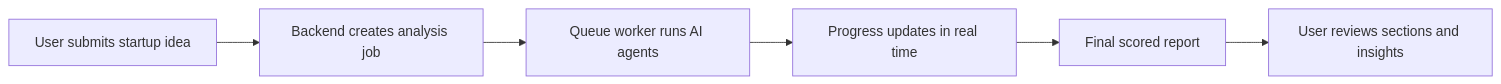
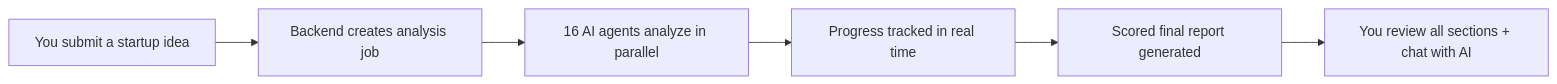
One commit to Abbaddii-99/AI-Startup-Analyzer changed the diagram in README.md. Above: the diagram before and after it, drawn with Mermaid. The commit also changed other lines of this file, not shown here.

````diff
--- a/README.md
+++ b/README.md
@@ -20,8 +52,8 @@
 ```mermaid
 flowchart LR
-  A[User submits startup idea] --> B[Backend creates analysis job]
-  B --> C[Queue worker runs AI agents]
-  C --> D[Progress updates in real time]
-  D --> E[Final scored report]
-  E --> F[User reviews sections and insights]
+  A[You submit a startup idea] --> B[Backend creates analysis job]
+  B --> C[16 AI agents analyze in parallel]
+  C --> D[Progress tracked in real time]
+  D --> E[Scored final report generated]
+  E --> F[You review all sections + chat with AI]
 ```
````
